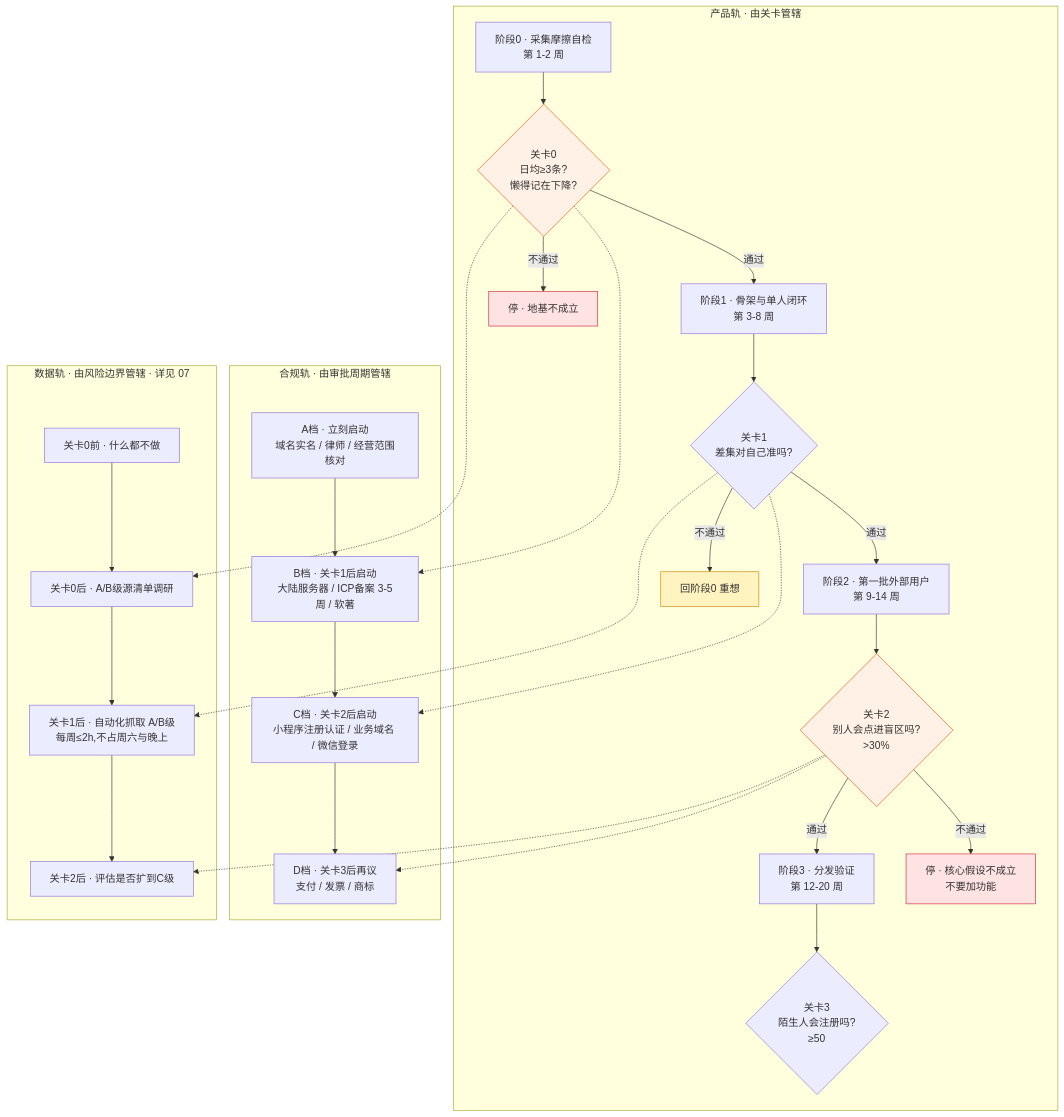
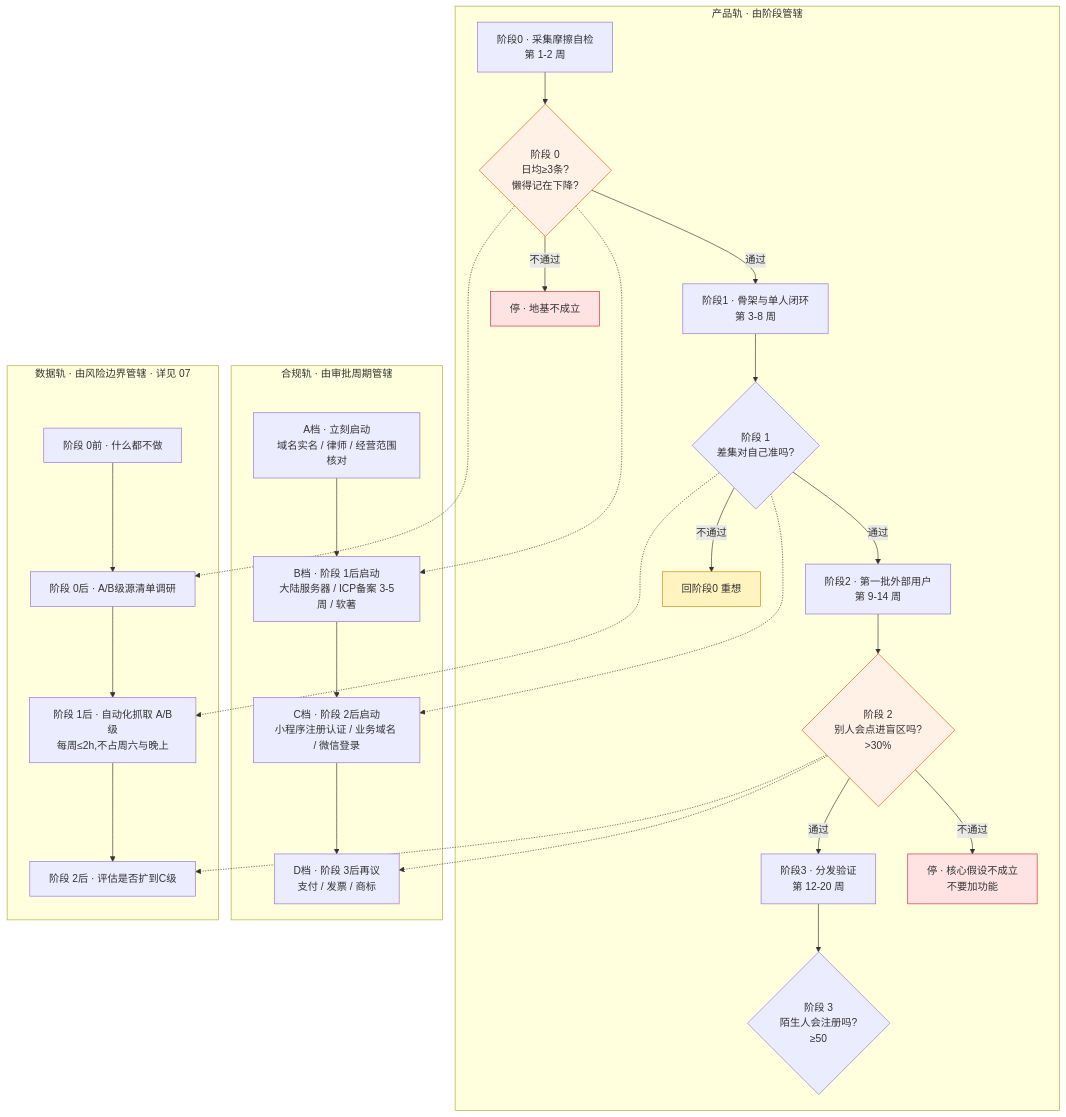
One commit to chenyuanjin/kubic changed the first of 2 diagrams in docs/execution/执行清单.md. Above: the diagram before and after it, drawn with Mermaid. The commit also changed other lines of this file and 249 other files, not shown here.

````diff
--- a/docs/execution/执行清单.md
+++ b/docs/execution/执行清单.md
@@ -18,52 +18,52 @@
 ```mermaid
 flowchart TB
-    subgraph 产品轨["产品轨 · 由关卡管辖"]
+    subgraph 产品轨["产品轨 · 由阶段管辖"]
         S0["阶段0 · 采集摩擦自检<br/>第 1-2 周"]
-        G0{"关卡0<br/>日均≥3条?<br/>懒得记在下降?"}
+        G0{"阶段 0<br/>日均≥3条?<br/>懒得记在下降?"}
         S1["阶段1 · 骨架与单人闭环<br/>第 3-8 周"]
-        G1{"关卡1<br/>差集对自己准吗?"}
+        G1{"阶段 1<br/>差集对自己准吗?"}
         S2["阶段2 · 第一批外部用户<br/>第 9-14 周"]
-        G2{"关卡2<br/>别人会点进盲区吗?<br/>>30%"}
+        G2{"阶段 2<br/>别人会点进盲区吗?<br/>>30%"}
         S3["阶段3 · 分发验证<br/>第 12-20 周"]
-        G3{"关卡3<br/>陌生人会注册吗?<br/>≥50"}
+        G3{"阶段 3<br/>陌生人会注册吗?<br/>≥50"}
         S0 --> G0
         G0 -->|通过| S1
         G0 -->|不通过| STOP1["停 · 地基不成立"]
         S1 --> G1
         G1 -->|通过| S2
         G1 -->|不通过| STOP2["回阶段0 重想"]
         S2 --> G2
         G2 -->|通过| S3
         G2 -->|不通过| STOP3["停 · 核心假设不成立<br/>不要加功能"]
         S3 --> G3
     end
 
     subgraph 合规轨["合规轨 · 由审批周期管辖"]
         A["A档 · 立刻启动<br/>域名实名 / 律师 / 经营范围核对"]
-        B["B档 · 关卡1后启动<br/>大陆服务器 / ICP备案 3-5周 / 软著"]
-        C["C档 · 关卡2后启动<br/>小程序注册认证 / 业务域名 / 微信登录"]
-        D["D档 · 关卡3后再议<br/>支付 / 发票 / 商标"]
+        B["B档 · 阶段 1后启动<br/>大陆服务器 / ICP备案 3-5周 / 软著"]
+        C["C档 · 阶段 2后启动<br/>小程序注册认证 / 业务域名 / 微信登录"]
+        D["D档 · 阶段 3后再议<br/>支付 / 发票 / 商标"]
         A --> B --> C --> D
     end
 
     subgraph 数据轨["数据轨 · 由风险边界管辖 · 详见 07"]
-        Z0["关卡0前 · 什么都不做"]
-        Z1["关卡0后 · A/B级源清单调研"]
-        Z2["关卡1后 · 自动化抓取 A/B级<br/>每周≤2h,不占周六与晚上"]
-        Z3["关卡2后 · 评估是否扩到C级"]
+        Z0["阶段 0前 · 什么都不做"]
+        Z1["阶段 0后 · A/B级源清单调研"]
+        Z2["阶段 1后 · 自动化抓取 A/B级<br/>每周≤2h,不占周六与晚上"]
+        Z3["阶段 2后 · 评估是否扩到C级"]
         Z0 --> Z1 --> Z2 --> Z3
     end
 
     G0 -.-> B
     G1 -.-> C
     G2 -.-> D
     G0 -.-> Z1
     G1 -.-> Z2
     G2 -.-> Z3
 
     style STOP1 fill:#ffe3e3,stroke:#d1293d
     style STOP2 fill:#fff3bf,stroke:#c98a04
     style STOP3 fill:#ffe3e3,stroke:#d1293d
     style G0 fill:#fff1e6,stroke:#e8590c
     style G2 fill:#fff1e6,stroke:#e8590c
 ```
````
